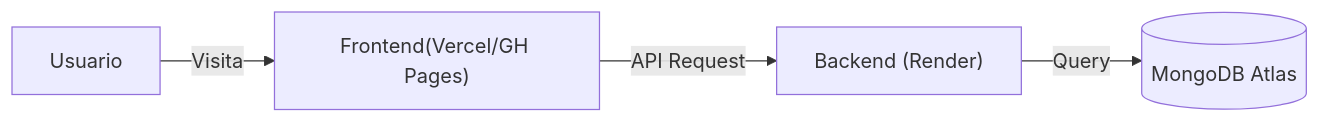
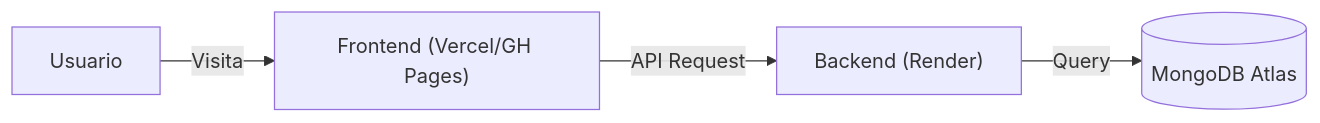
One commit to lukitaz-r/pasapalabra changed the diagram in DEPLOYMENT.md. Above: the diagram before and after it, drawn with Mermaid. The commit also changed 1 other file, not shown here.

Commit message:
[ EDIT ] editando seed.js

````diff
--- a/DEPLOYMENT.md
+++ b/DEPLOYMENT.md
@@ -101,6 +101,6 @@
 ```mermaid
 graph LR
-    User[Usuario] -->|Visita| Frontend["Frontend(Vercel/GH Pages)"]
+    User[Usuario] -->|Visita| Frontend["Frontend (Vercel/GH Pages)"]
     Frontend -->|API Request| Backend["Backend (Render)"]
     Backend -->|Query| DB[(MongoDB Atlas)]
 ```
````
